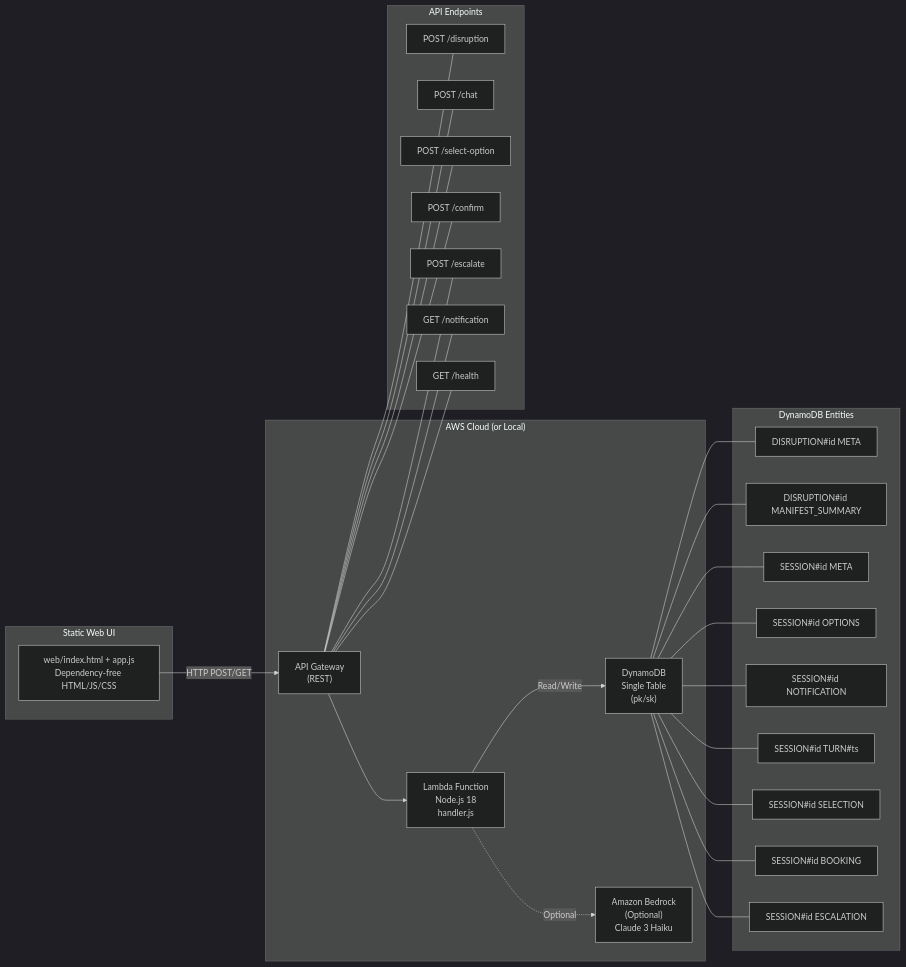
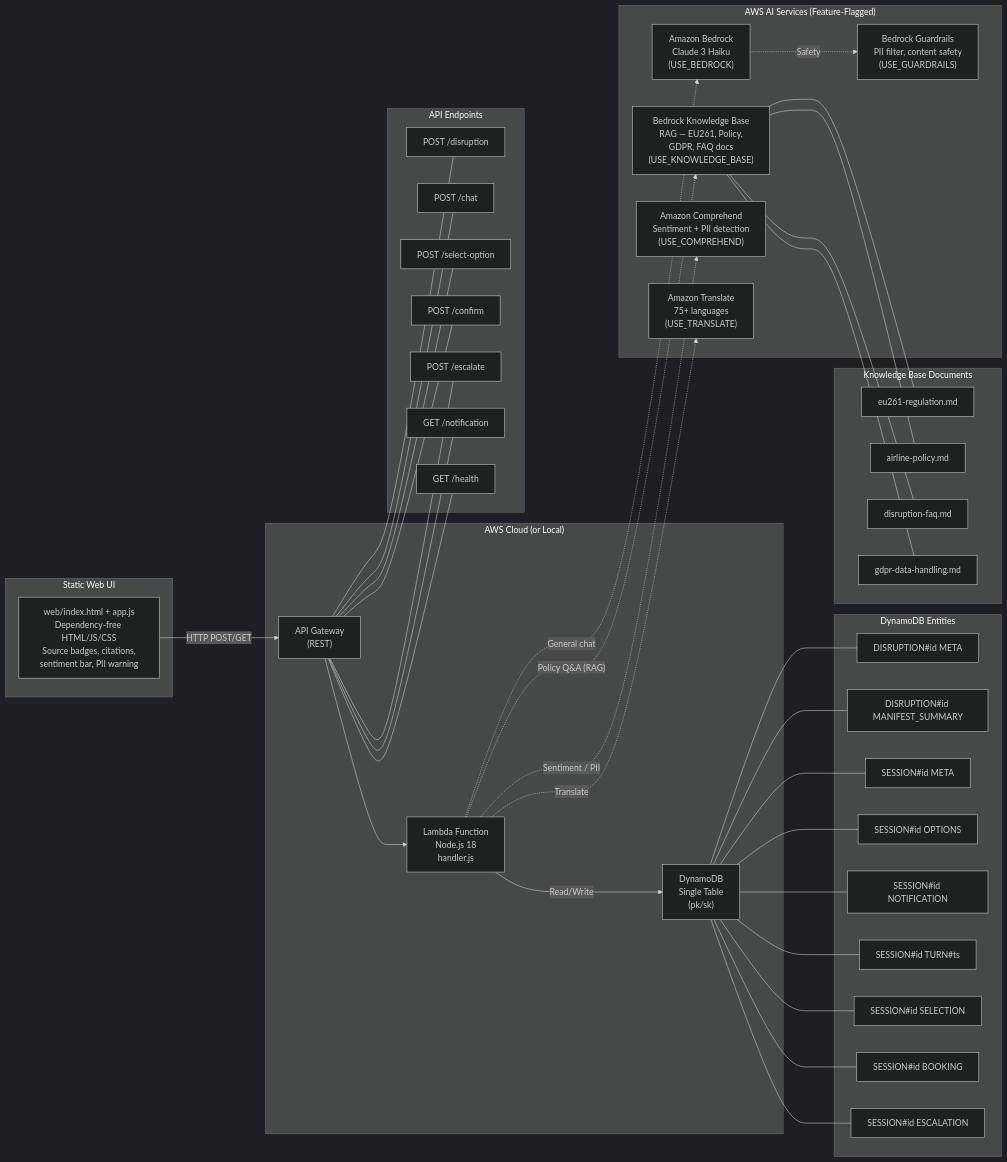
Before and after one commit to gtomwag/aws-gen-ai-ic-pia-bootcamp: the diagram in docs/architecture/diagrams/poc-architecture.mmd, drawn with Mermaid (dark theme). The commit also changed 1 other file, not shown here.

Commit message:
feat(architecture): Update POC diagrams and documentation to include AI service details and feature flags

```diff
--- a/docs/architecture/diagrams/poc-architecture.mmd
+++ b/docs/architecture/diagrams/poc-architecture.mmd
@@ -1,56 +1,79 @@
 graph LR
     subgraph "Static Web UI"
-        A["web/index.html + app.js<br>Dependency-free HTML/JS/CSS"]
+        A["web/index.html + app.js<br>Dependency-free HTML/JS/CSS<br>Source badges, citations,<br>sentiment bar, PII warning"]
     end
 
     subgraph "AWS Cloud (or Local)"
         B["API Gateway<br>(REST)"]
         C["Lambda Function<br>Node.js 18<br>handler.js"]
         D["DynamoDB<br>Single Table<br>(pk/sk)"]
-        E["Amazon Bedrock<br>(Optional)<br>Claude 3 Haiku"]
+    end
+
+    subgraph "AWS AI Services (Feature-Flagged)"
+        E["Amazon Bedrock<br>Claude 3 Haiku<br>(USE_BEDROCK)"]
+        KB["Bedrock Knowledge Base<br>RAG — EU261, Policy,<br>GDPR, FAQ docs<br>(USE_KNOWLEDGE_BASE)"]
+        BG["Bedrock Guardrails<br>PII filter, content safety<br>(USE_GUARDRAILS)"]
+        CO["Amazon Comprehend<br>Sentiment + PII detection<br>(USE_COMPREHEND)"]
+        TR["Amazon Translate<br>75+ languages<br>(USE_TRANSLATE)"]
     end
 
     A -->|"HTTP POST/GET"| B
     B --> C
     C -->|"Read/Write"| D
-    C -.->|"Optional"| E
+    C -.->|"General chat"| E
+    C -.->|"Policy Q&A (RAG)"| KB
+    E -.->|"Safety"| BG
+    C -.->|"Sentiment / PII"| CO
+    C -.->|"Translate"| TR
 
     subgraph "DynamoDB Entities"
         D1["DISRUPTION#id META"]
         D2["DISRUPTION#id MANIFEST_SUMMARY"]
         D3["SESSION#id META"]
         D4["SESSION#id OPTIONS"]
         D5["SESSION#id NOTIFICATION"]
         D6["SESSION#id TURN#ts"]
         D7["SESSION#id SELECTION"]
         D8["SESSION#id BOOKING"]
         D9["SESSION#id ESCALATION"]
     end
 
     D --- D1
     D --- D2
     D --- D3
     D --- D4
     D --- D5
     D --- D6
     D --- D7
     D --- D8
     D --- D9
 
+    subgraph "Knowledge Base Documents"
+        KD1["eu261-regulation.md"]
+        KD2["airline-policy.md"]
+        KD3["disruption-faq.md"]
+        KD4["gdpr-data-handling.md"]
+    end
+
+    KB --- KD1
+    KB --- KD2
+    KB --- KD3
+    KB --- KD4
+
     subgraph "API Endpoints"
         E1["POST /disruption"]
         E2["POST /chat"]
         E3["POST /select-option"]
         E4["POST /confirm"]
         E5["POST /escalate"]
         E6["GET /notification"]
         E7["GET /health"]
     end
 
     B --- E1
     B --- E2
     B --- E3
     B --- E4
     B --- E5
     B --- E6
     B --- E7
```
